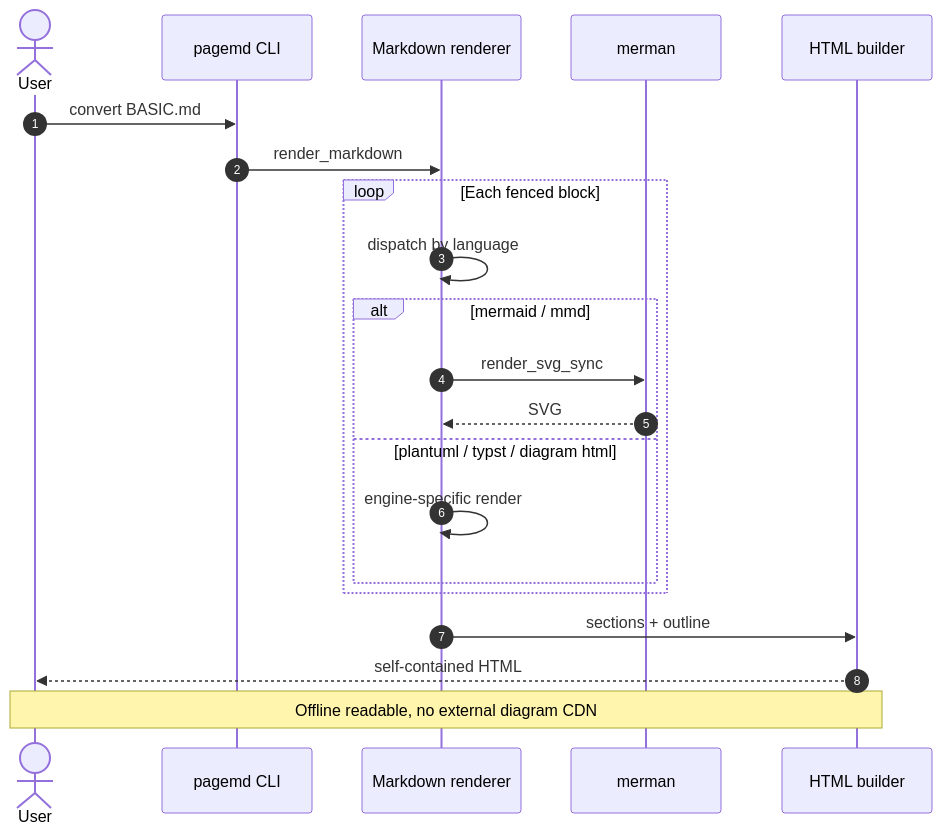
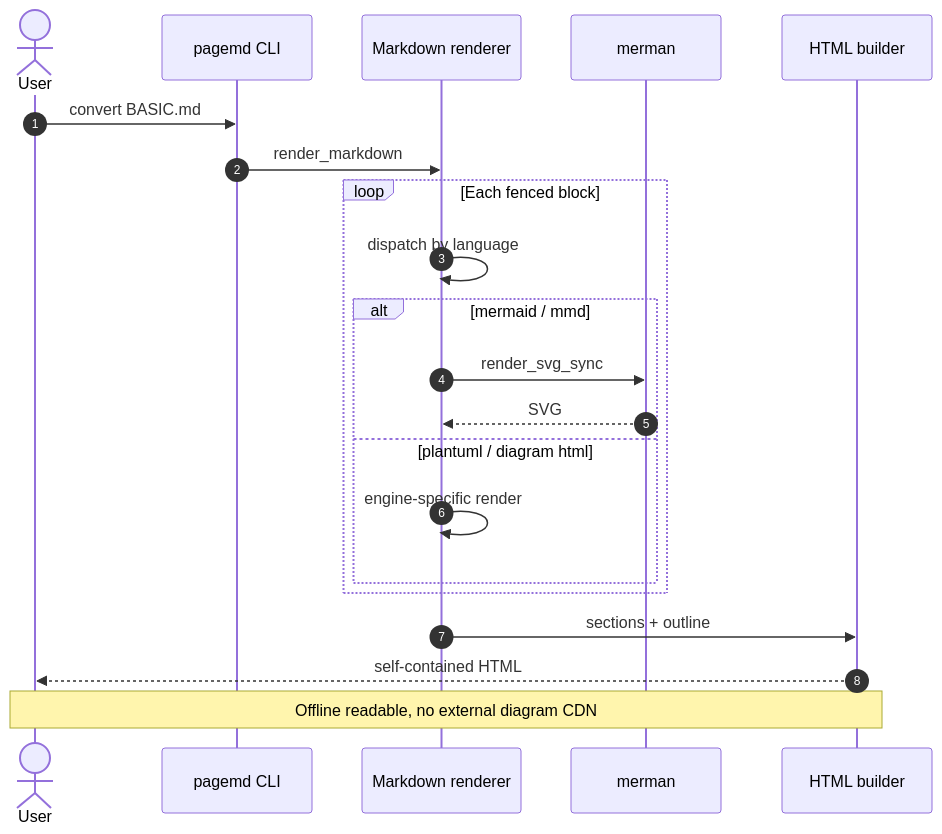
Before and after one commit to ikey4u/pagemd: the third of 8 diagrams in examples/BASIC.md, drawn with Mermaid. The commit also changed other lines of this file and 19 other files, not shown here.

````diff
--- a/examples/BASIC.md
+++ b/examples/BASIC.md
@@ -182,24 +180,24 @@
 ```mermaid
 sequenceDiagram
   autonumber
   actor User
   participant CLI as pagemd CLI
   participant Core as Markdown renderer
   participant Merman as merman
   participant HTML as HTML builder
 
   User->>CLI: convert BASIC.md
   CLI->>Core: render_markdown
   loop Each fenced block
     Core->>Core: dispatch by language
     alt mermaid / mmd
       Core->>Merman: render_svg_sync
       Merman-->>Core: SVG
-    else plantuml / typst / diagram html
+    else plantuml / diagram html
       Core->>Core: engine-specific render
     end
   end
   Core->>HTML: sections + outline
   HTML-->>User: self-contained HTML
   Note over User,HTML: Offline readable, no external diagram CDN
 ```
````
